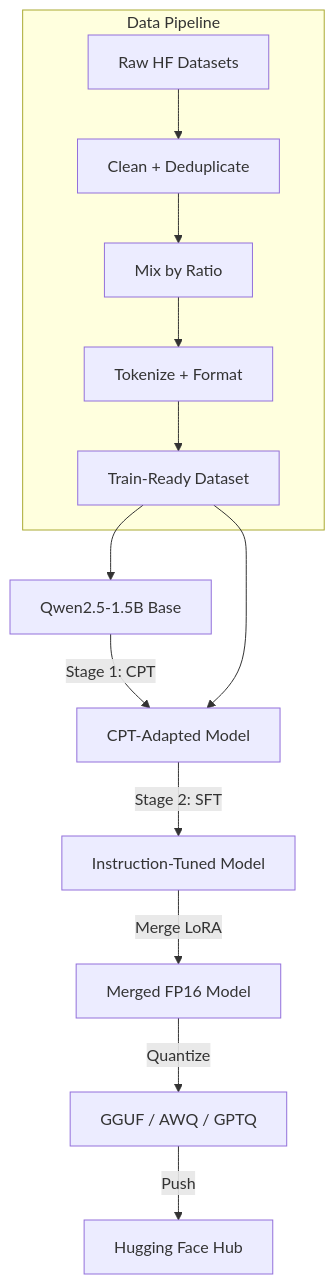
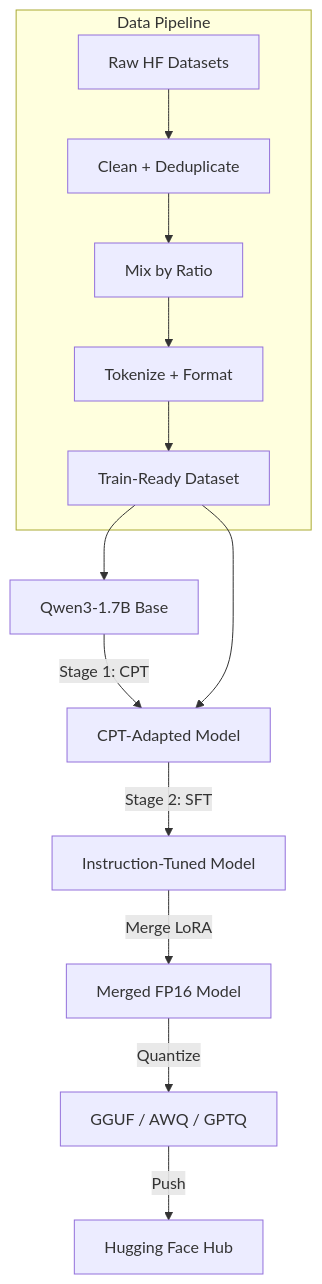
The diagram in docs/learning/00_project_overview.md (Kandil7/Baligh), drawn with Mermaid before and after one commit. The commit also changed other lines of this file and 149 other files, not shown here.

````diff
--- a/docs/learning/00_project_overview.md
+++ b/docs/learning/00_project_overview.md
@@ -39,18 +39,18 @@
 ```mermaid
 graph TD
-    A[Qwen2.5-1.5B Base] -->|Stage 1: CPT| B[CPT-Adapted Model]
+    A[Qwen3-1.7B Base] -->|Stage 1: CPT| B[CPT-Adapted Model]
     B -->|Stage 2: SFT| C[Instruction-Tuned Model]
     C -->|Merge LoRA| D[Merged FP16 Model]
     D -->|Quantize| E[GGUF / AWQ / GPTQ]
     E -->|Push| F[Hugging Face Hub]
     
     subgraph "Data Pipeline"
         G[Raw HF Datasets] --> H[Clean + Deduplicate]
         H --> I[Mix by Ratio]
         I --> J[Tokenize + Format]
         J --> K[Train-Ready Dataset]
     end
     
     K --> A
     K --> B
 ```
````
